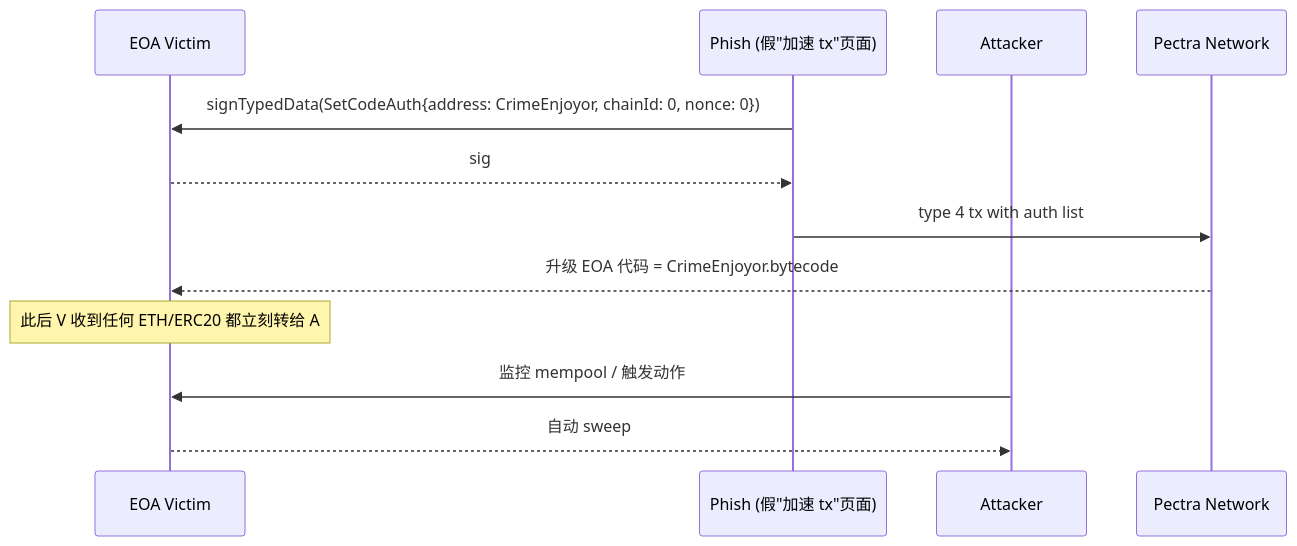
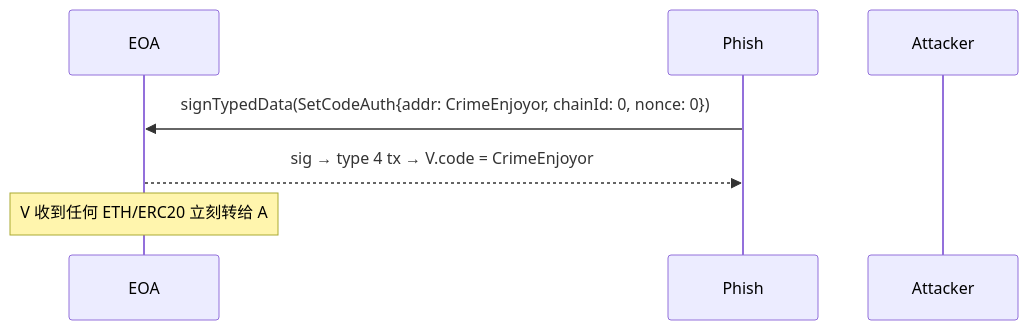
The ninth of 12 diagrams in web3-engineer-guide/05-智能合约安全/README.md (ChuwuYo/misc-files), drawn with Mermaid before and after one commit. The commit also changed other lines of this file and 690 other files, not shown here.

````diff
--- a/web3-engineer-guide/05-智能合约安全/README.md
+++ b/web3-engineer-guide/05-智能合约安全/README.md
@@ -1379,14 +825,9 @@
 ```mermaid
 sequenceDiagram
-    participant V as EOA Victim
-    participant F as Phish (假"加速 tx"页面)
+    participant V as EOA
+    participant F as Phish
     participant A as Attacker
-    participant Net as Pectra Network
-    F->>V: signTypedData(SetCodeAuth{address: CrimeEnjoyor, chainId: 0, nonce: 0})
-    V-->>F: sig
-    F->>Net: type 4 tx with auth list
-    Net-->>V: 升级 EOA 代码 = CrimeEnjoyor.bytecode
-    Note over V: 此后 V 收到任何 ETH/ERC20 都立刻转给 A
-    A->>V: 监控 mempool / 触发动作
-    V-->>A: 自动 sweep
+    F->>V: signTypedData(SetCodeAuth{addr: CrimeEnjoyor, chainId: 0, nonce: 0})
+    V-->>F: sig → type 4 tx → V.code = CrimeEnjoyor
+    Note over V: V 收到任何 ETH/ERC20 立刻转给 A
 ```
````
